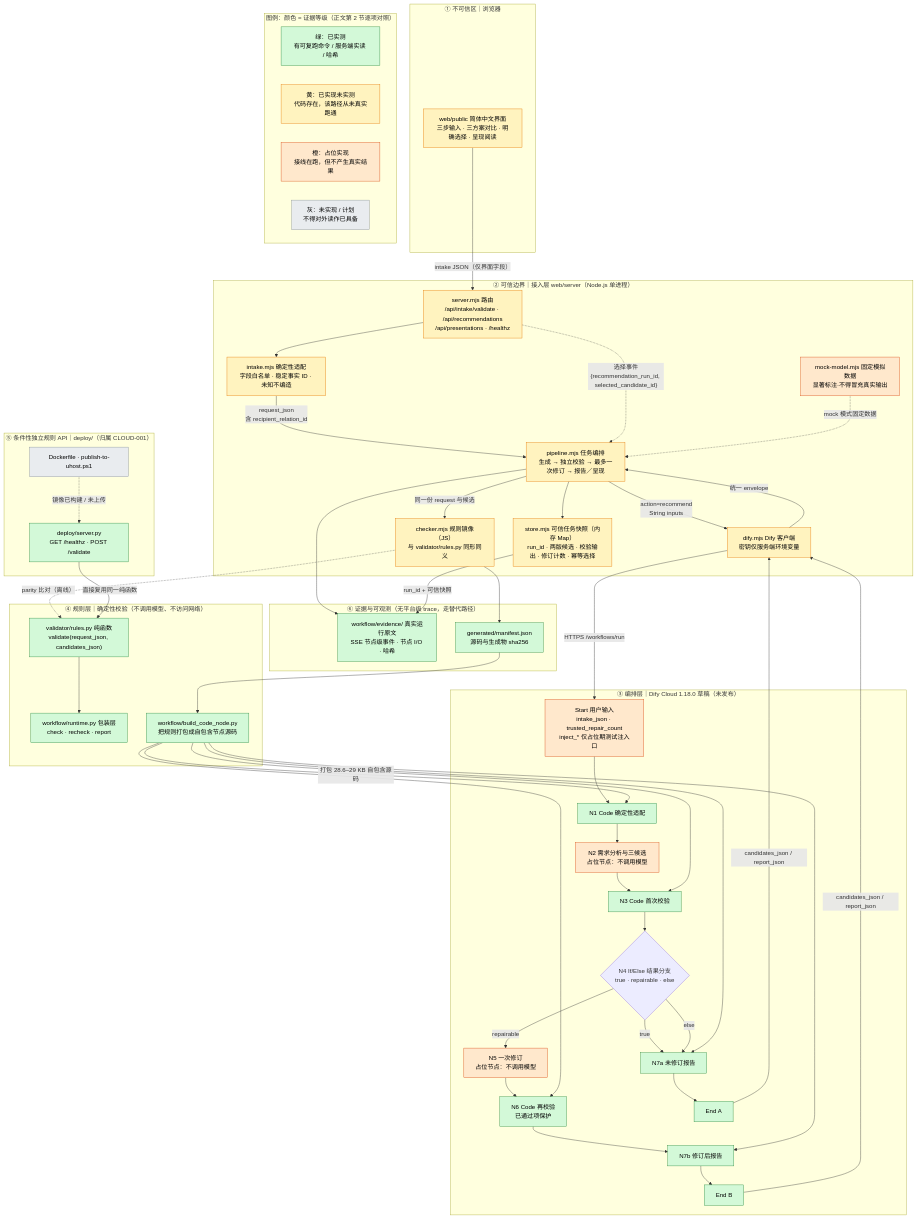
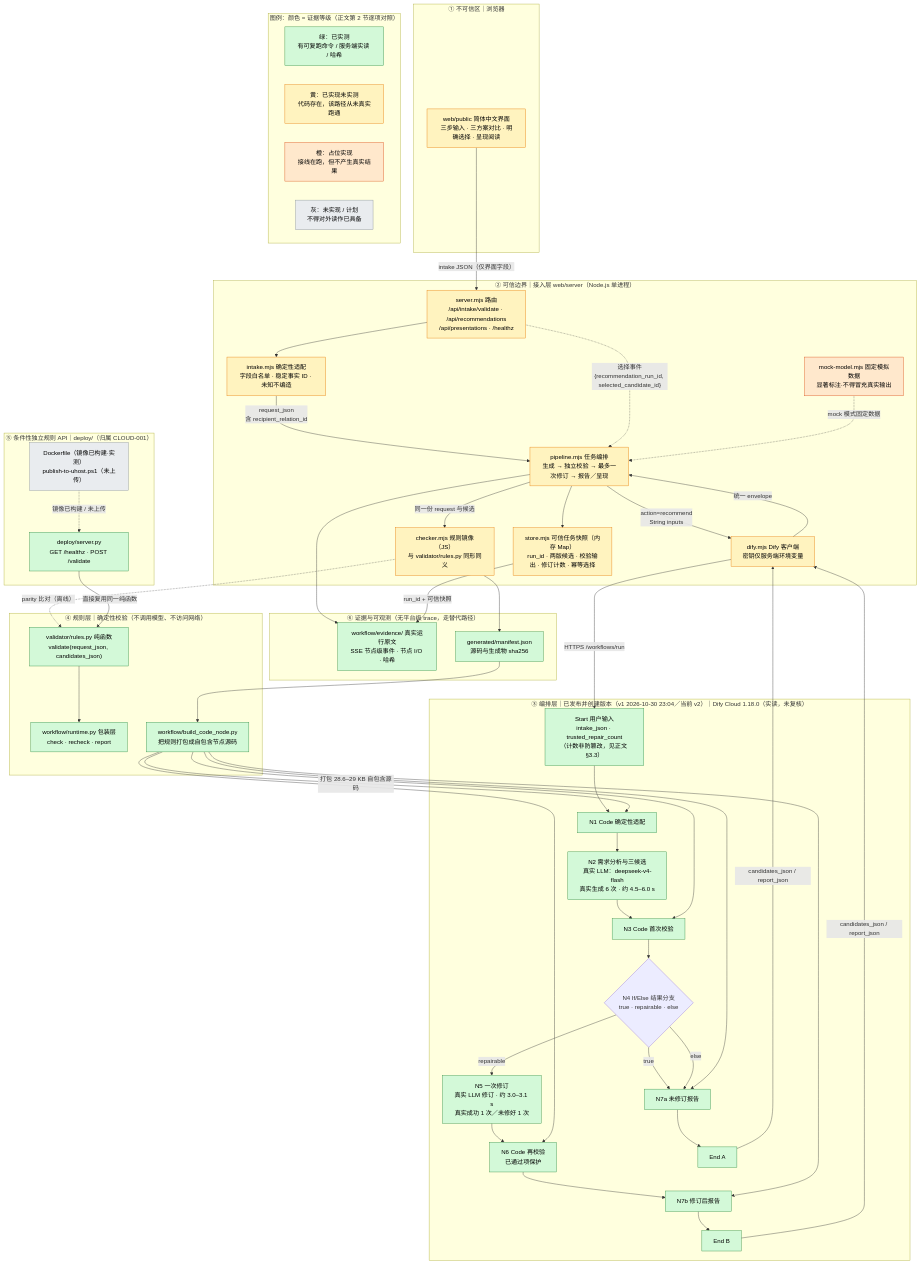
One commit to sunnyyang0822-stack/GiftWise-AI changed the diagram in docs/architecture/diagrams/system-architecture.mmd. Above: the diagram before and after it, drawn with Mermaid. The commit also changed 1510 other files, not shown here.

```diff
--- a/docs/architecture/diagrams/system-architecture.mmd
+++ b/docs/architecture/diagrams/system-architecture.mmd
@@ -1,104 +1,106 @@
 %% GiftWise AI · 主系统架构图（ARCH-001，阶段 3）
 %% 图源文件：单一事实源。docs/architecture.md 内嵌同一份内容供 GitHub 直接渲染。
 %% 本地渲染：mmdc -i system-architecture.mmd -o ../rendered/system-architecture.svg
 %% 图例（颜色即证据等级，正文第 2 节有逐项对照）：
 %%   绿 = 已实测（有可复跑命令 / 服务端实读 / 哈希）
 %%   黄 = 已实现未实测（代码存在，该路径从未真实跑通）
 %%   橙 = 占位实现（接线在跑，但不产生真实结果）
 %%   灰 = 未实现 / 计划
+%%   2026-10-30 21:11–21:17：N2/N5 已替换为真实 DeepSeek 节点（6 次运行 / 10 次调用 / 34,127 tokens），由橙改绿；
+%%   MOCK 仍为橙（定义即"在跑但不产生真实结果"）；Dockerfile 已构建但 publish-to-uhost.ps1 未上传，按"取较弱"保持灰。
 %%   约定：节点同时含多个证据等级时，取【较弱】等级着色，并在标签/边标签内分别注明。
 flowchart TB
     subgraph Z1["① 不可信区｜浏览器"]
         UI["web/public 简体中文界面<br/>三步输入 · 三方案对比 · 明确选择 · 呈现阅读"]
     end
 
     subgraph Z2["② 可信边界｜接入层 web/server（Node.js 单进程）"]
         ROUTE["server.mjs 路由<br/>/api/intake/validate · /api/recommendations<br/>/api/presentations · /healthz"]
         ADAPTER["intake.mjs 确定性适配<br/>字段白名单 · 稳定事实 ID · 未知不编造"]
         PIPE["pipeline.mjs 任务编排<br/>生成 → 独立校验 → 最多一次修订 → 报告／呈现"]
         STORE["store.mjs 可信任务快照（内存 Map）<br/>run_id · 两版候选 · 校验输出 · 修订计数 · 幂等选择"]
         JCHK["checker.mjs 规则镜像（JS）<br/>与 validator/rules.py 同形同义"]
         DCLIENT["dify.mjs Dify 客户端<br/>密钥仅服务端环境变量"]
         MOCK["mock-model.mjs 固定模拟数据<br/>显著标注·不得冒充真实输出"]
     end
 
-    subgraph Z3["③ 编排层｜Dify Cloud 1.18.0 草稿（未发布）"]
-        START["Start 用户输入<br/>intake_json · trusted_repair_count<br/>inject_* 仅占位期测试注入口"]
+    subgraph Z3["③ 编排层｜已发布并创建版本（v1 2026-10-30 23:04／当前 v2）｜Dify Cloud 1.18.0（实读，未复核）"]
+        START["Start 用户输入<br/>intake_json · trusted_repair_count<br/>（计数非防篡改，见正文 §3.3）"]
         N1["N1 Code 确定性适配"]
-        N2["N2 需求分析与三候选<br/>占位节点：不调用模型"]
+        N2["N2 需求分析与三候选<br/>真实 LLM：deepseek-v4-flash<br/>真实生成 6 次 · 约 4.5–6.0 s"]
         N3["N3 Code 首次校验"]
         N4{"N4 If/Else 结果分支<br/>true · repairable · else"}
-        N5["N5 一次修订<br/>占位节点：不调用模型"]
+        N5["N5 一次修订<br/>真实 LLM 修订 · 约 3.0–3.1 s<br/>真实成功 1 次／未修好 1 次"]
         N6["N6 Code 再校验<br/>已通过项保护"]
         N7A["N7a 未修订报告"]
         N7B["N7b 修订后报告"]
         EA["End A"]
         EB["End B"]
     end
 
     subgraph Z4["④ 规则层｜确定性校验（不调用模型、不访问网络）"]
         RULES["validator/rules.py 纯函数<br/>validate(request_json, candidates_json)"]
         RUNTIME["workflow/runtime.py 包装层<br/>check · recheck · report"]
         BUILD["workflow/build_code_node.py<br/>把规则打包成自包含节点源码"]
     end
 
     subgraph Z5["⑤ 条件性独立规则 API｜deploy/（归属 CLOUD-001）"]
         SRV["deploy/server.py<br/>GET /healthz · POST /validate"]
-        DOCKER["Dockerfile · publish-to-uhost.ps1"]
+        DOCKER["Dockerfile（镜像已构建·实测）<br/>publish-to-uhost.ps1（未上传）"]
     end
 
     subgraph Z6["⑥ 证据与可观测（无平台级 trace，走替代路径）"]
         EVID["workflow/evidence/ 真实运行原文<br/>SSE 节点级事件 · 节点 I/O · 哈希"]
         HASH["generated/manifest.json<br/>源码与生成物 sha256"]
     end
 
     subgraph Z7["图例：颜色 = 证据等级（正文第 2 节逐项对照）"]
         L_MEASURED["绿：已实测<br/>有可复跑命令 / 服务端实读 / 哈希"]
         L_UNVERIFIED["黄：已实现未实测<br/>代码存在，该路径从未真实跑通"]
         L_PLACEHOLDER["橙：占位实现<br/>接线在跑，但不产生真实结果"]
         L_PLANNED["灰：未实现 / 计划<br/>不得对外读作已具备"]
     end
 
     UI -->|"intake JSON（仅界面字段）"| ROUTE
     ROUTE --> ADAPTER
     ADAPTER -->|"request_json<br/>含 recipient_relation_id"| PIPE
     PIPE --> STORE
     PIPE -->|"action=recommend<br/>String inputs"| DCLIENT
     DCLIENT -->|"HTTPS /workflows/run"| START
     START --> N1 --> N2 --> N3 --> N4
     N4 -->|"true"| N7A --> EA
     N4 -->|"repairable"| N5 --> N6 --> N7B --> EB
     N4 -->|"else"| N7A
     EA -->|"candidates_json / report_json"| DCLIENT
     EB -->|"candidates_json / report_json"| DCLIENT
     DCLIENT -->|"统一 envelope"| PIPE
     PIPE -->|"同一份 request 与候选"| JCHK
     JCHK -.->|"parity 比对（离线）"| RULES
     RULES --> RUNTIME
     BUILD -->|"打包 28.6–29 KB 自包含源码"| N1
     BUILD --> N3
     BUILD --> N6
     BUILD --> N7A
     BUILD --> N7B
     HASH --> BUILD
     JCHK --> HASH
     PIPE --> EVID
     STORE -->|"run_id + 可信快照"| EVID
     ROUTE -.->|"选择事件<br/>{recommendation_run_id, selected_candidate_id}"| PIPE
     MOCK -.->|"mock 模式固定数据"| PIPE
     SRV -->|"直接复用同一纯函数"| RULES
     DOCKER -.->|"镜像已构建 / 未上传"| SRV
 
     classDef measured fill:#d3f9d8,stroke:#2b8a3e,color:#000
     classDef unverified fill:#fff3bf,stroke:#e67700,color:#000
     classDef placeholder fill:#ffe8cc,stroke:#d9480f,color:#000
     classDef planned fill:#e9ecef,stroke:#868e96,color:#000
 
-    class RULES,RUNTIME,BUILD,N1,N3,N6,N7A,N7B,EA,EB,HASH,EVID,SRV measured
+    class RULES,RUNTIME,BUILD,N1,N2,N3,N5,N6,N7A,N7B,EA,EB,HASH,EVID,SRV,START measured
     class ROUTE,ADAPTER,PIPE,STORE,JCHK,DCLIENT,UI unverified
-    class START,N2,N5,MOCK placeholder
+    class MOCK placeholder
     class DOCKER planned
     class L_MEASURED measured
     class L_UNVERIFIED unverified
     class L_PLACEHOLDER placeholder
     class L_PLANNED planned
```
